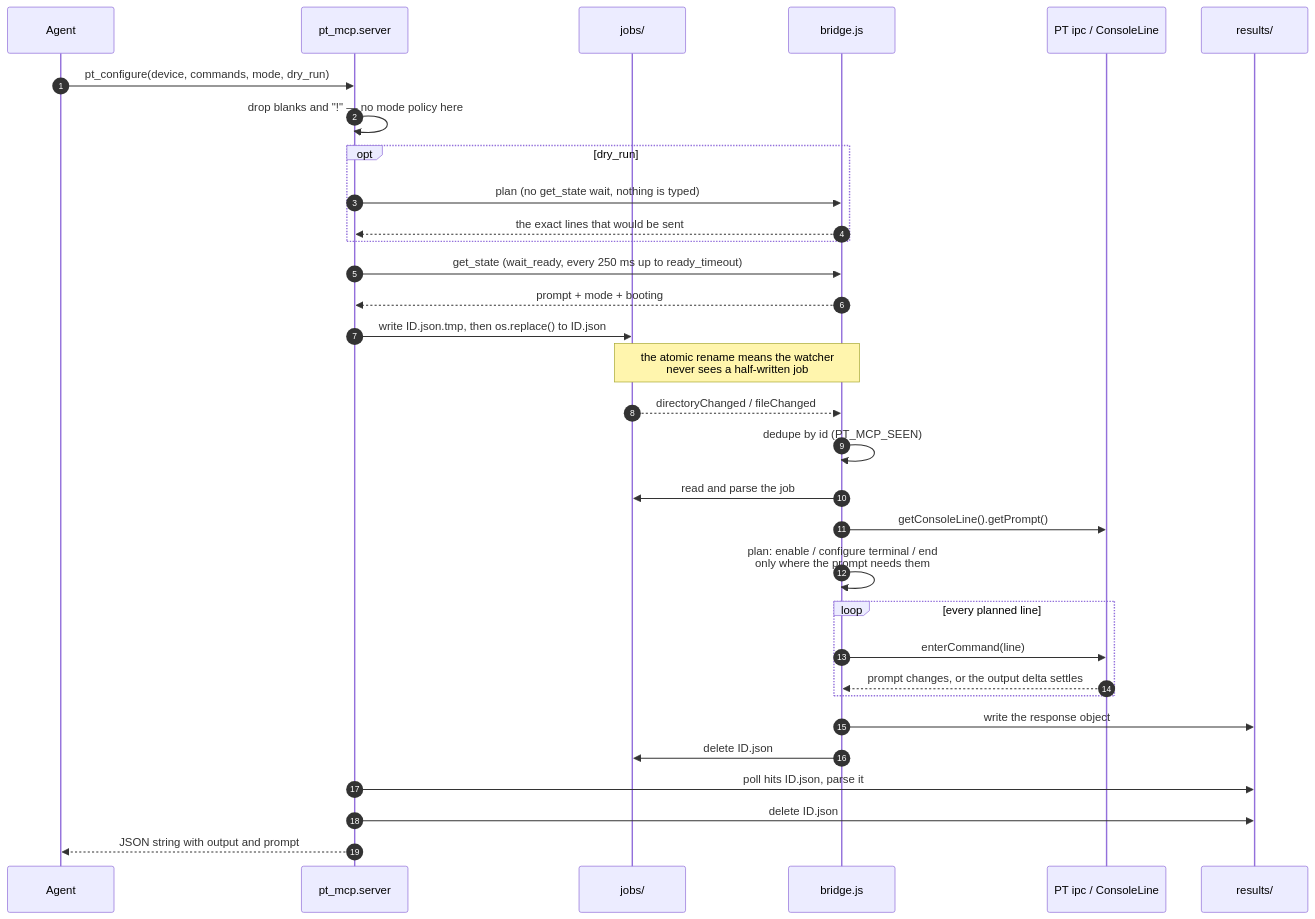
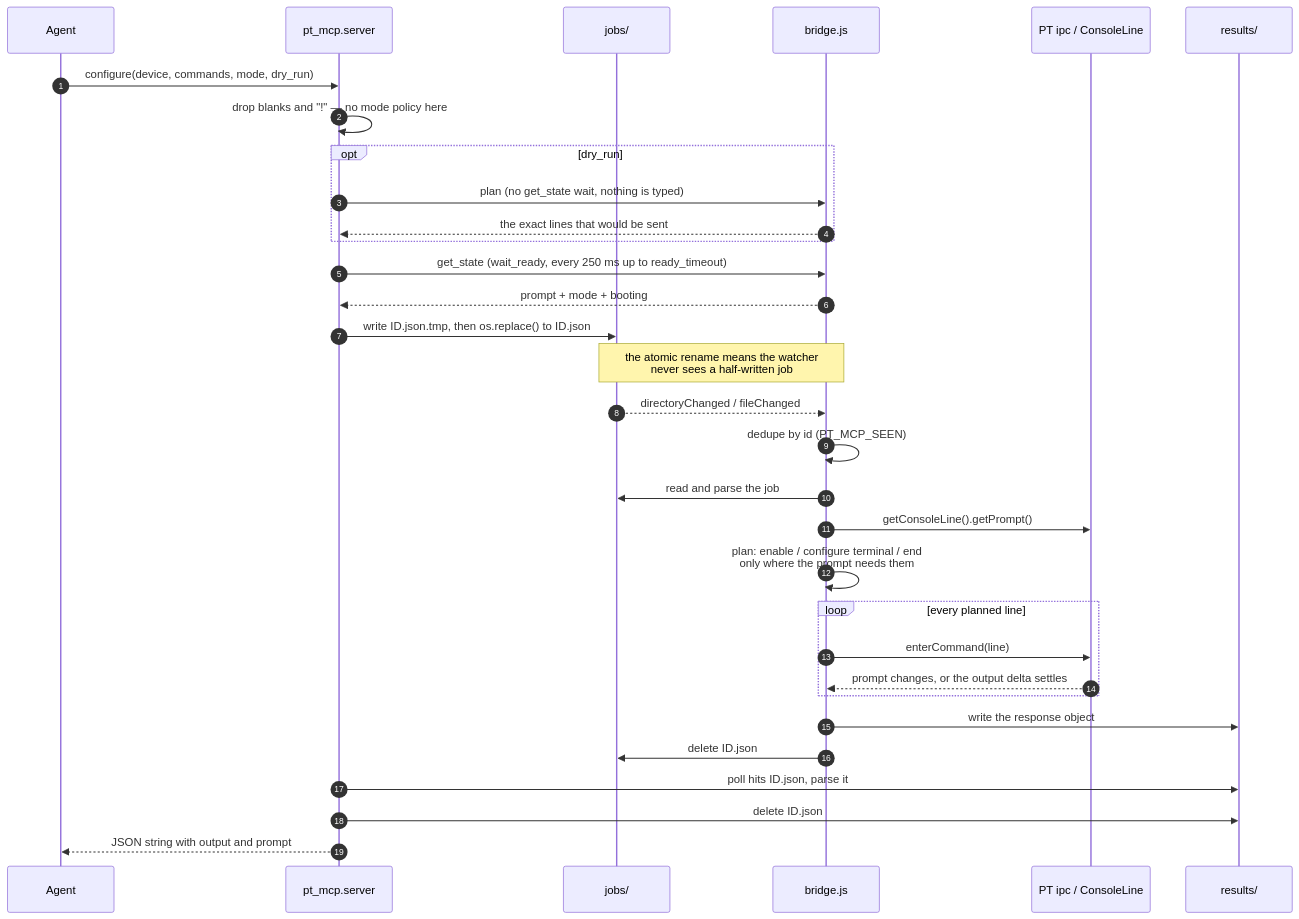
One commit to psampir/packet-tracer-mcp changed the second of 3 diagrams in docs/architecture.md. Above: the diagram before and after it, drawn with Mermaid. The commit also changed other lines of this file and 17 other files, not shown here.

````diff
--- a/docs/architecture.md
+++ b/docs/architecture.md
@@ -130,35 +130,35 @@
 ```mermaid
 sequenceDiagram
     autonumber
     participant A as Agent
     participant S as pt_mcp.server
     participant J as jobs/
     participant B as bridge.js
     participant P as PT ipc / ConsoleLine
     participant R as results/
 
-    A->>S: pt_configure(device, commands, mode, dry_run)
+    A->>S: configure(device, commands, mode, dry_run)
     S->>S: drop blanks and "!" — no mode policy here
     opt dry_run
         S->>B: plan (no get_state wait, nothing is typed)
         B-->>S: the exact lines that would be sent
     end
     S->>B: get_state (wait_ready, every 250 ms up to ready_timeout)
     B-->>S: prompt + mode + booting
     S->>J: write ID.json.tmp, then os.replace() to ID.json
     Note over J,B: the atomic rename means the watcher<br/>never sees a half-written job
     J-->>B: directoryChanged / fileChanged
     B->>B: dedupe by id (PT_MCP_SEEN)
     B->>J: read and parse the job
     B->>P: getConsoleLine().getPrompt()
     B->>B: plan: enable / configure terminal / end<br/>only where the prompt needs them
     loop every planned line
         B->>P: enterCommand(line)
         P-->>B: prompt changes, or the output delta settles
     end
     B->>R: write the response object
     B->>J: delete ID.json
     S->>R: poll hits ID.json, parse it
     S->>R: delete ID.json
     S-->>A: JSON string with output and prompt
 ```
````
